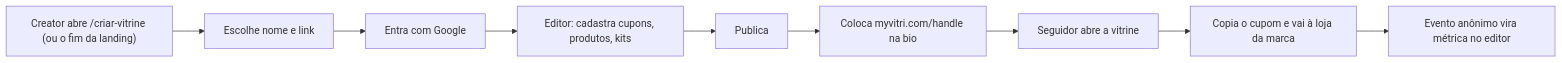
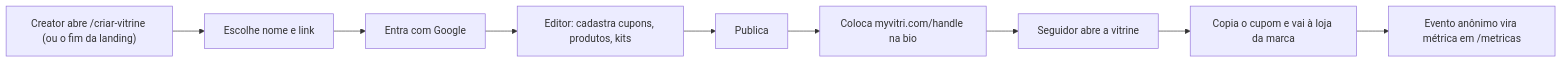
One commit to estevaons/myvitri changed the first of 5 diagrams in docs/architecture.md. Above: the diagram before and after it, drawn with Mermaid. The commit also changed other lines of this file and 2 other files, not shown here.

````diff
--- a/docs/architecture.md
+++ b/docs/architecture.md
@@ -16,11 +16,11 @@
 ```mermaid
 graph LR
     A["Creator abre /criar-vitrine (ou o fim da landing)"] --> B["Escolhe nome e link"]
     B --> C["Entra com Google"]
     C --> D["Editor: cadastra cupons, produtos, kits"]
     D --> E["Publica"]
     E --> F["Coloca myvitri.com/handle na bio"]
     F --> G["Seguidor abre a vitrine"]
     G --> H["Copia o cupom e vai à loja da marca"]
-    H --> I["Evento anônimo vira métrica no editor"]
+    H --> I["Evento anônimo vira métrica em /metricas"]
 ```
````
